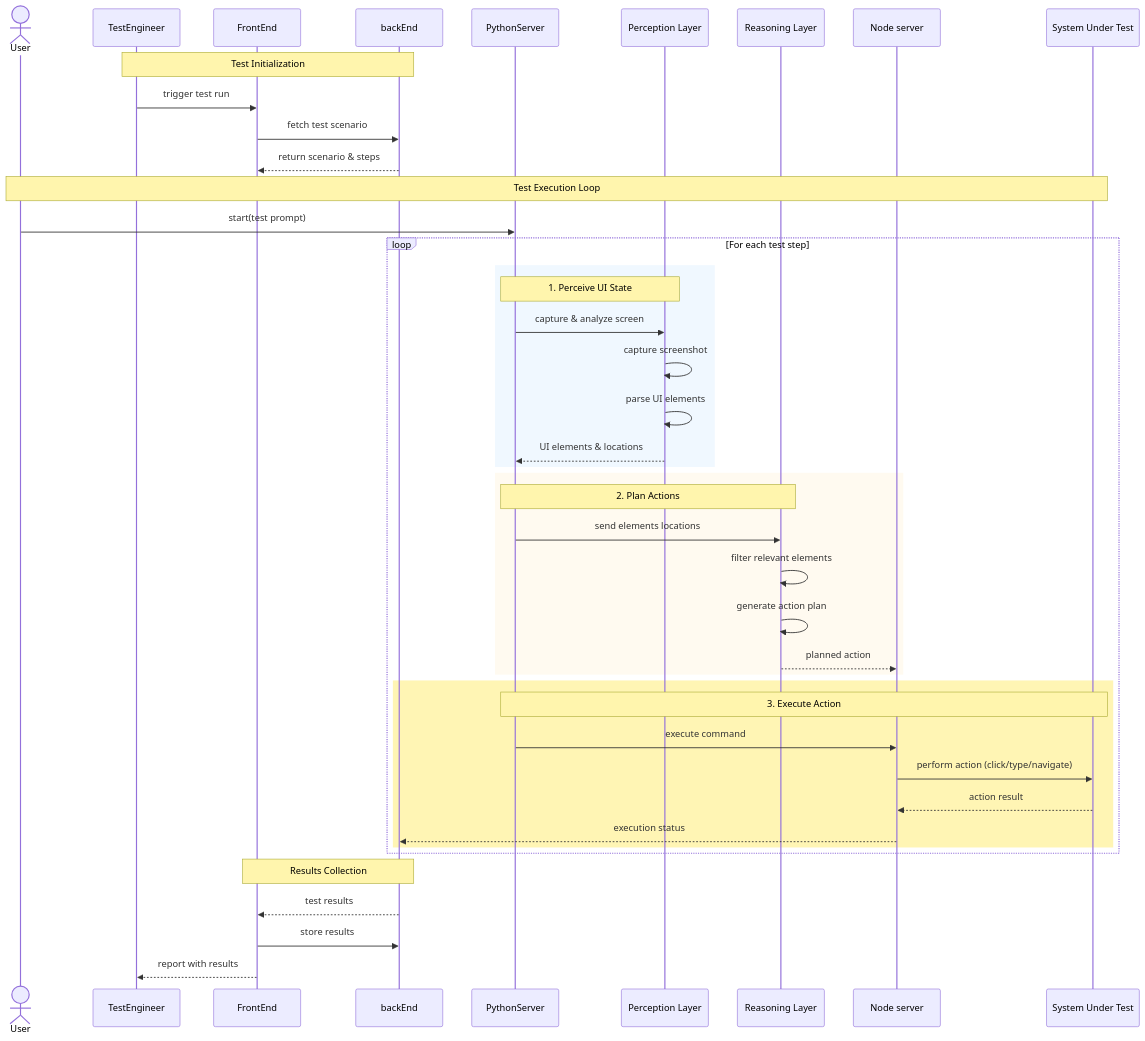
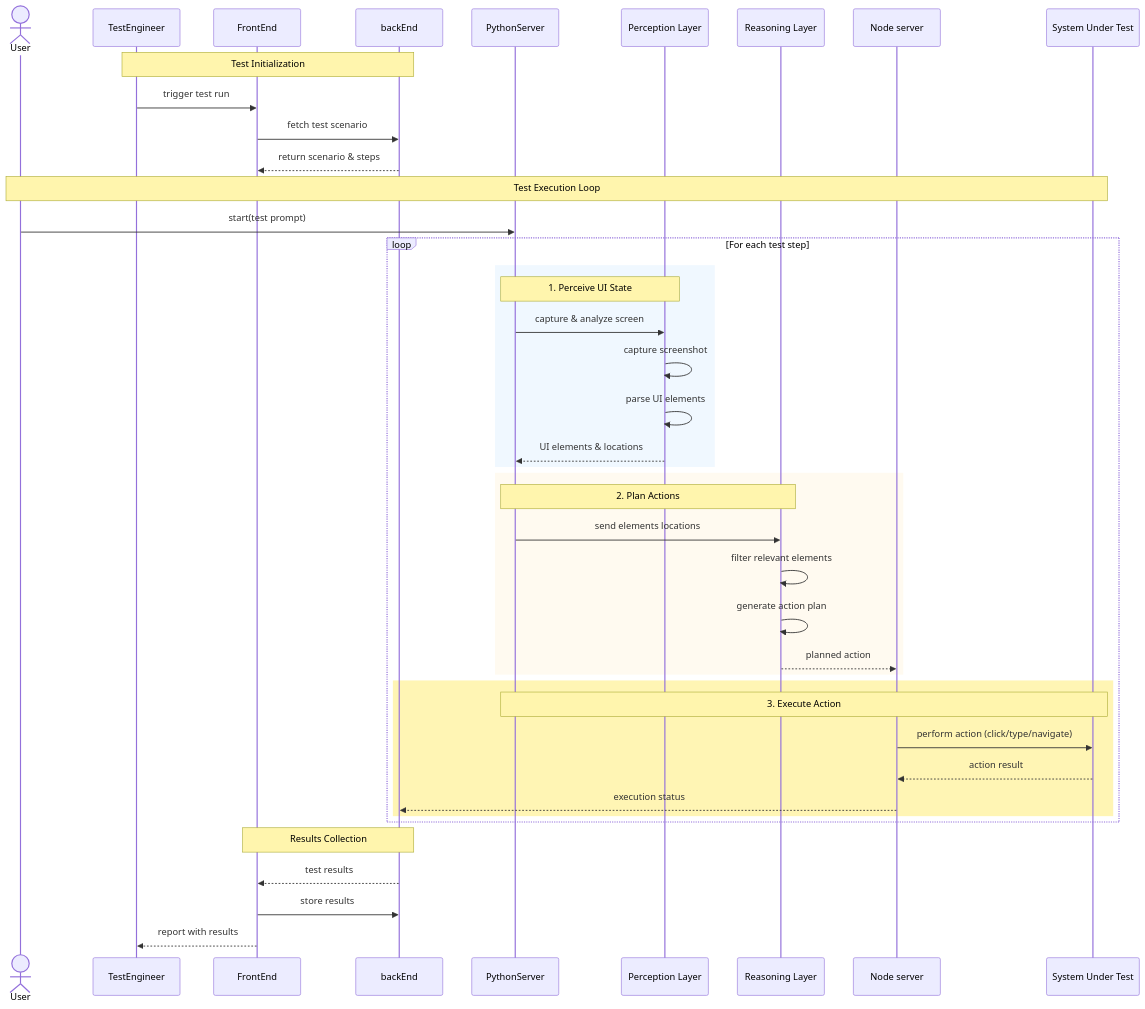
The first of 3 diagrams in docs/diagrams/workflow-diagrams.md (Youssef-Hossam2274/inspace-desktop), drawn with Mermaid before and after one commit.

Commit message:
edit readme file

````diff
--- a/docs/diagrams/workflow-diagrams.md
+++ b/docs/diagrams/workflow-diagrams.md
@@ -14,57 +14,56 @@
 ```mermaid
   sequenceDiagram
     actor User
     participant TestEngineer
     participant FrontEnd
     participant backEnd
     participant PythonServer as PythonServer
     participant Perception as Perception Layer
     participant Reasoning as Reasoning Layer
     participant Agent as Node server 
     participant SUT as System Under Test
 
     %% Test Setup
     Note over TestEngineer,backEnd: Test Initialization
     TestEngineer->>FrontEnd: trigger test run
     FrontEnd->>backEnd: fetch test scenario
     backEnd-->>FrontEnd: return scenario & steps
     
     %% Workflow Execution
     Note over User,SUT: Test Execution Loop
     User->>PythonServer: start(test prompt)
     
     loop For each test step
         %% Perception Phase
         rect rgb(240, 248, 255)
         Note over PythonServer,Perception: 1. Perceive UI State
         PythonServer->>Perception: capture & analyze screen
         Perception->>Perception: capture screenshot
         Perception->>Perception: parse UI elements
         Perception-->>PythonServer: UI elements & locations
         end
         
         %% Reasoning Phase
         rect rgb(255, 250, 240)
         Note over PythonServer,Reasoning: 2. Plan Actions
         PythonServer->>Reasoning: send elements locations 
         Reasoning->>Reasoning: filter relevant elements
         Reasoning->>Reasoning: generate action plan
         Reasoning-->>Agent: planned action
         end
         
         %% Execution Phase
         rect rgb(255, 245, 180)
         Note over PythonServer,SUT: 3. Execute Action
-        PythonServer->>Agent: execute command
         Agent->>SUT: perform action (click/type/navigate)
         SUT-->>Agent: action result
         Agent-->>backEnd: execution status
         end
     end
     
     %% Results & Reporting
     Note over FrontEnd,backEnd: Results Collection
     backEnd-->>FrontEnd: test results
     FrontEnd->>backEnd: store results
     FrontEnd-->>TestEngineer: report with results
 ```
````
